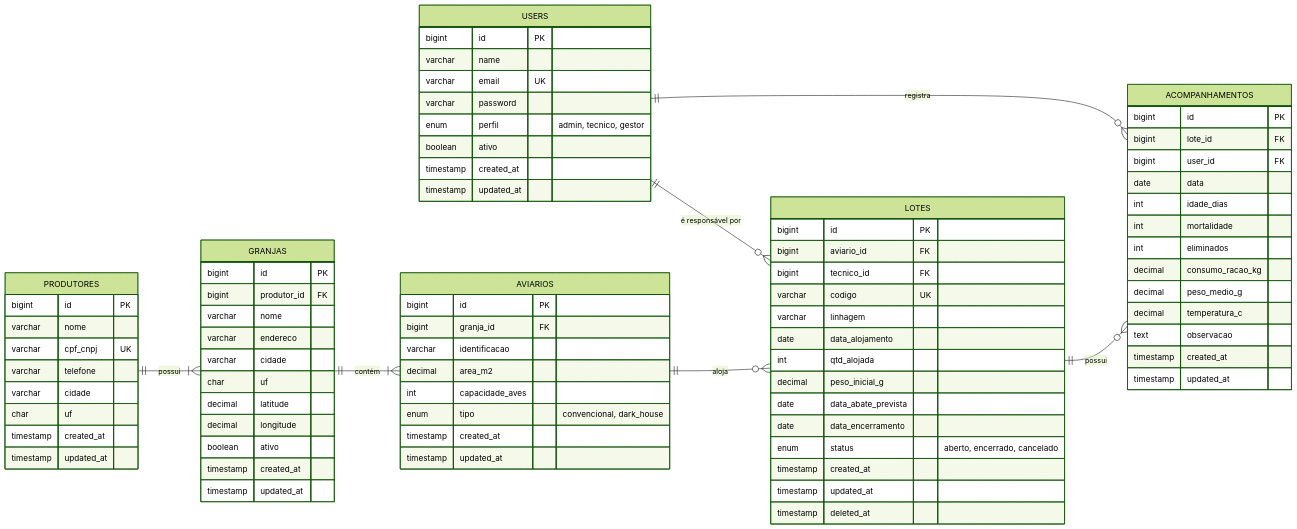
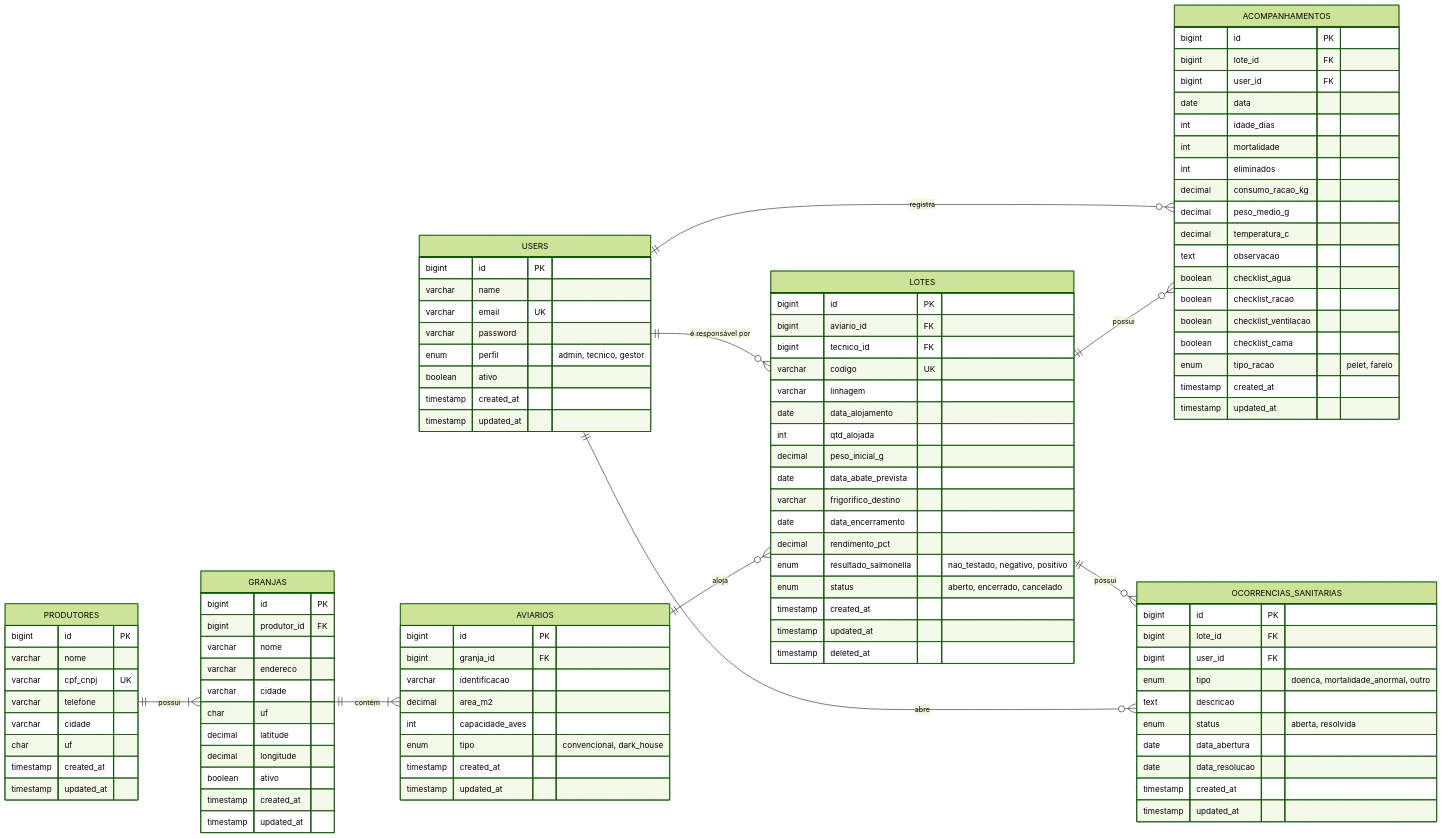
Before and after one commit to Felipesilvavaz/nino-academico: the diagram in docs/diagramas/der.mmd, drawn with Mermaid (forest theme). The commit also changed 28 other files, not shown here.

Commit message:
Amplia o Modulo Frango de Corte com chamados sanitarios, checklist de visita, programacao de abate, pelet x farelo, informe de rendimento/Salmonella e telas de operacao (UC07)

```diff
--- a/docs/diagramas/der.mmd
+++ b/docs/diagramas/der.mmd
@@ -1,82 +1,104 @@
 erDiagram
     direction LR
     USERS ||--o{ LOTES : "é responsável por"
     USERS ||--o{ ACOMPANHAMENTOS : "registra"
     PRODUTORES ||--|{ GRANJAS : "possui"
     GRANJAS ||--|{ AVIARIOS : "contém"
     AVIARIOS ||--o{ LOTES : "aloja"
     LOTES ||--o{ ACOMPANHAMENTOS : "possui"
+    LOTES ||--o{ OCORRENCIAS_SANITARIAS : "possui"
+    USERS ||--o{ OCORRENCIAS_SANITARIAS : "abre"
     USERS {
         bigint id PK
         varchar name
         varchar email UK
         varchar password
         enum perfil "admin, tecnico, gestor"
         boolean ativo
         timestamp created_at
         timestamp updated_at
     }
     PRODUTORES {
         bigint id PK
         varchar nome
         varchar cpf_cnpj UK
         varchar telefone
         varchar cidade
         char uf
         timestamp created_at
         timestamp updated_at
     }
     GRANJAS {
         bigint id PK
         bigint produtor_id FK
         varchar nome
         varchar endereco
         varchar cidade
         char uf
         decimal latitude
         decimal longitude
         boolean ativo
         timestamp created_at
         timestamp updated_at
     }
     AVIARIOS {
         bigint id PK
         bigint granja_id FK
         varchar identificacao
         decimal area_m2
         int capacidade_aves
         enum tipo "convencional, dark_house"
         timestamp created_at
         timestamp updated_at
     }
     LOTES {
         bigint id PK
         bigint aviario_id FK
         bigint tecnico_id FK
         varchar codigo UK
         varchar linhagem
         date data_alojamento
         int qtd_alojada
         decimal peso_inicial_g
         date data_abate_prevista
+        varchar frigorifico_destino
         date data_encerramento
+        decimal rendimento_pct
+        enum resultado_salmonella "nao_testado, negativo, positivo"
         enum status "aberto, encerrado, cancelado"
         timestamp created_at
         timestamp updated_at
         timestamp deleted_at
     }
     ACOMPANHAMENTOS {
         bigint id PK
         bigint lote_id FK
         bigint user_id FK
         date data
         int idade_dias
         int mortalidade
         int eliminados
         decimal consumo_racao_kg
         decimal peso_medio_g
         decimal temperatura_c
         text observacao
+        boolean checklist_agua
+        boolean checklist_racao
+        boolean checklist_ventilacao
+        boolean checklist_cama
+        enum tipo_racao "pelet, farelo"
         timestamp created_at
         timestamp updated_at
     }
+    OCORRENCIAS_SANITARIAS {
+        bigint id PK
+        bigint lote_id FK
+        bigint user_id FK
+        enum tipo "doenca, mortalidade_anormal, outro"
+        text descricao
+        enum status "aberta, resolvida"
+        date data_abertura
+        date data_resolucao
+        timestamp created_at
+        timestamp updated_at
+    }
```
